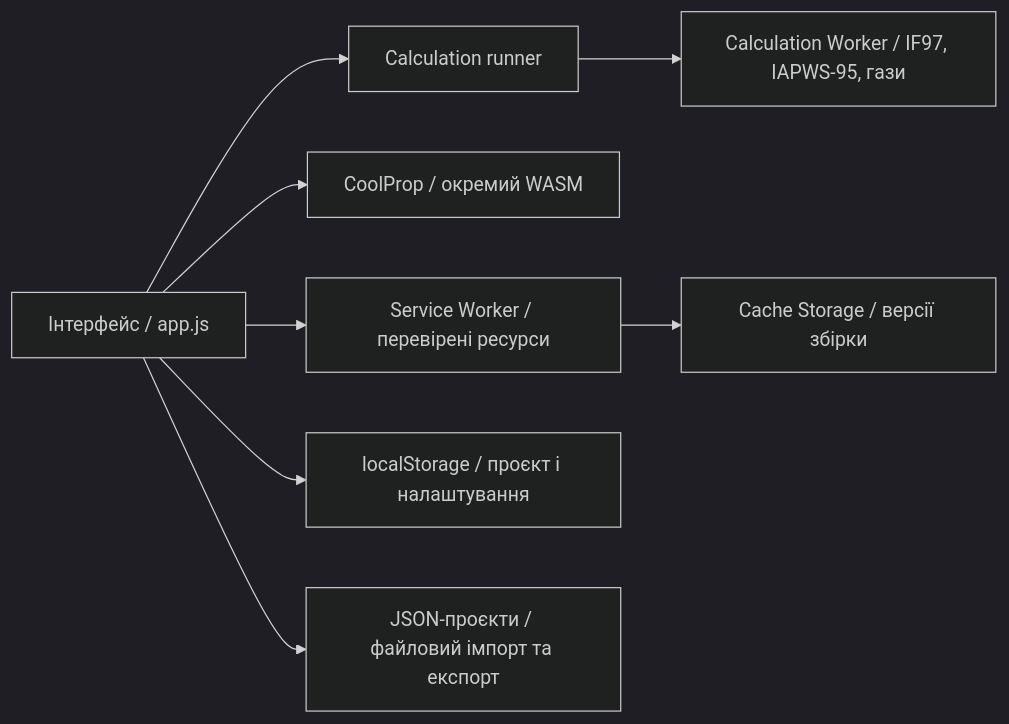
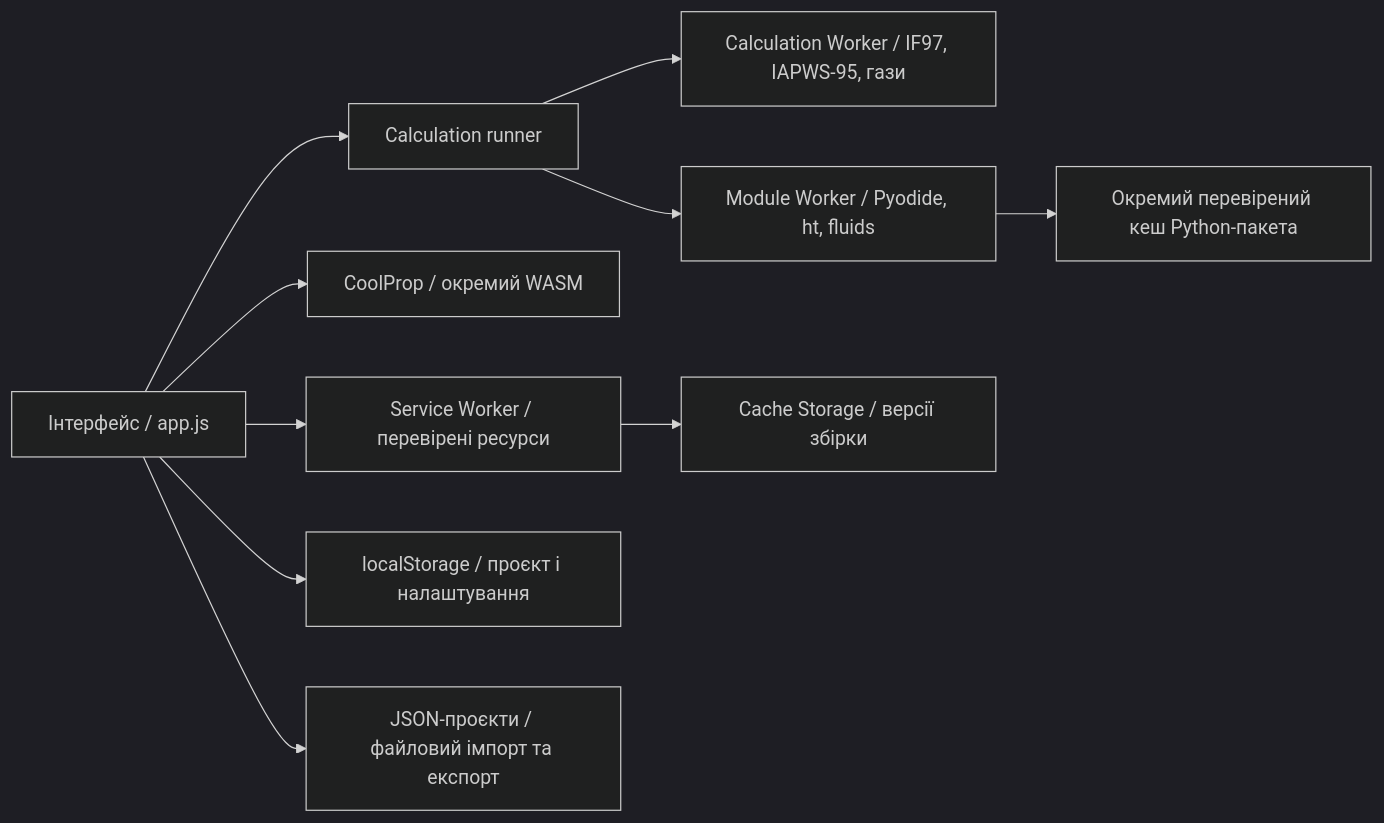
One commit to lamerroma/water-steam-if97 changed the diagram in docs/PWA_ARCHITECTURE_UK.md. Above: the diagram before and after it, drawn with Mermaid (dark theme). The commit also changed other lines of this file and 105 other files, not shown here.

Commit message:
Integrate offline ht and fluids through Pyodide worker

````diff
--- a/docs/PWA_ARCHITECTURE_UK.md
+++ b/docs/PWA_ARCHITECTURE_UK.md
@@ -8,10 +8,12 @@
 ```mermaid
 flowchart LR
   UI["Інтерфейс / app.js"] --> RUN["Calculation runner"]
   RUN --> CW["Calculation Worker / IF97, IAPWS-95, гази"]
+  RUN --> PY["Module Worker / Pyodide, ht, fluids"]
+  PY --> PACK["Окремий перевірений кеш Python-пакета"]
   UI --> CP["CoolProp / окремий WASM"]
   UI --> SW["Service Worker / перевірені ресурси"]
   SW --> CACHE["Cache Storage / версії збірки"]
   UI --> DATA["localStorage / проєкт і налаштування"]
   UI --> FILE["JSON-проєкти / файловий імпорт та експорт"]
 ```
````
